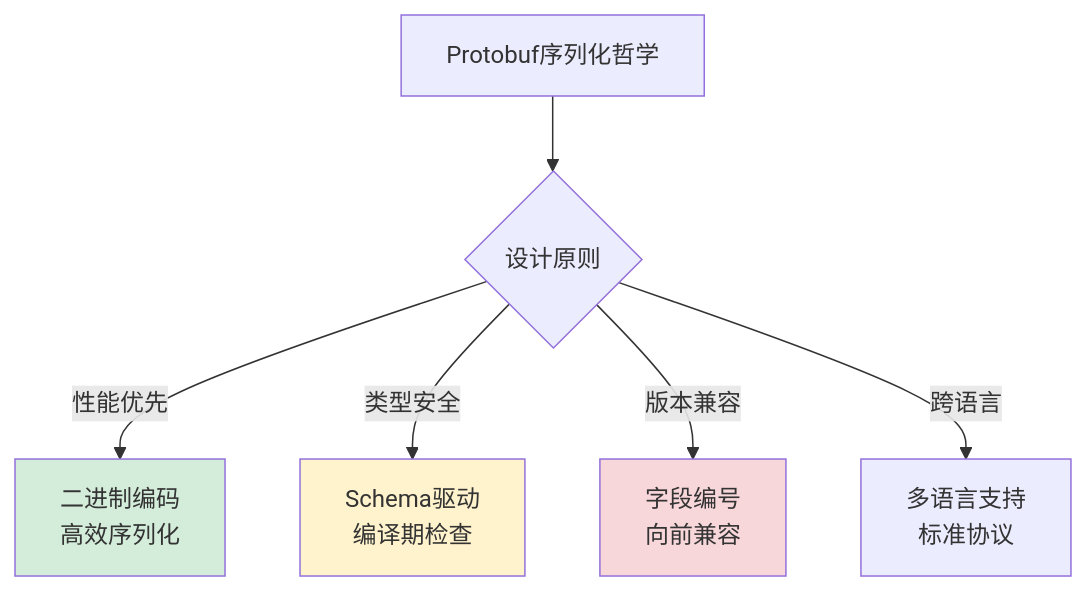
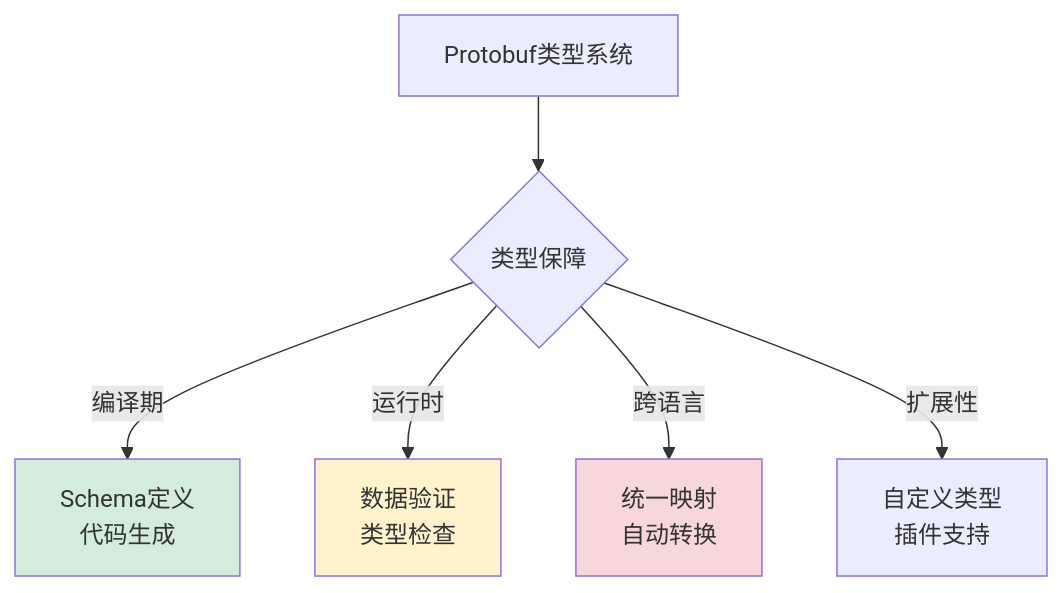
Before and after one commit to chongyang211/YCBookBlog: diagram 16 of 25 in 00.通用技术的提升/02.程序编程原理/05.序列化数据的思想.md, drawn with Mermaid. The commit also changed other lines of this file and 17 other files, not shown here.

````diff
--- a/00.通用技术的提升/02.程序编程原理/05.序列化数据的思想.md
+++ b/00.通用技术的提升/02.程序编程原理/05.序列化数据的思想.md
@@ -749,12 +700,12 @@
 ```mermaid
 graph TB
-    A[Protobuf序列化哲学] --> B{设计原则}
-    B -->|性能优先| C[二进制编码<br/>高效序列化]
-    B -->|类型安全| D[Schema驱动<br/>编译期检查]
-    B -->|版本兼容| E[字段编号<br/>向前兼容]
-    B -->|跨语言| F[多语言支持<br/>标准协议]
+    A[Protobuf类型系统] --> B{类型保障}
+    B -->|编译期| C[Schema定义<br/>代码生成]
+    B -->|运行时| D[数据验证<br/>类型检查]
+    B -->|跨语言| E[统一映射<br/>自动转换]
+    B -->|扩展性| F[自定义类型<br/>插件支持]
     
     style C fill:#d4edda
     style D fill:#fff3cd
     style E fill:#f8d7da
 ```
````
